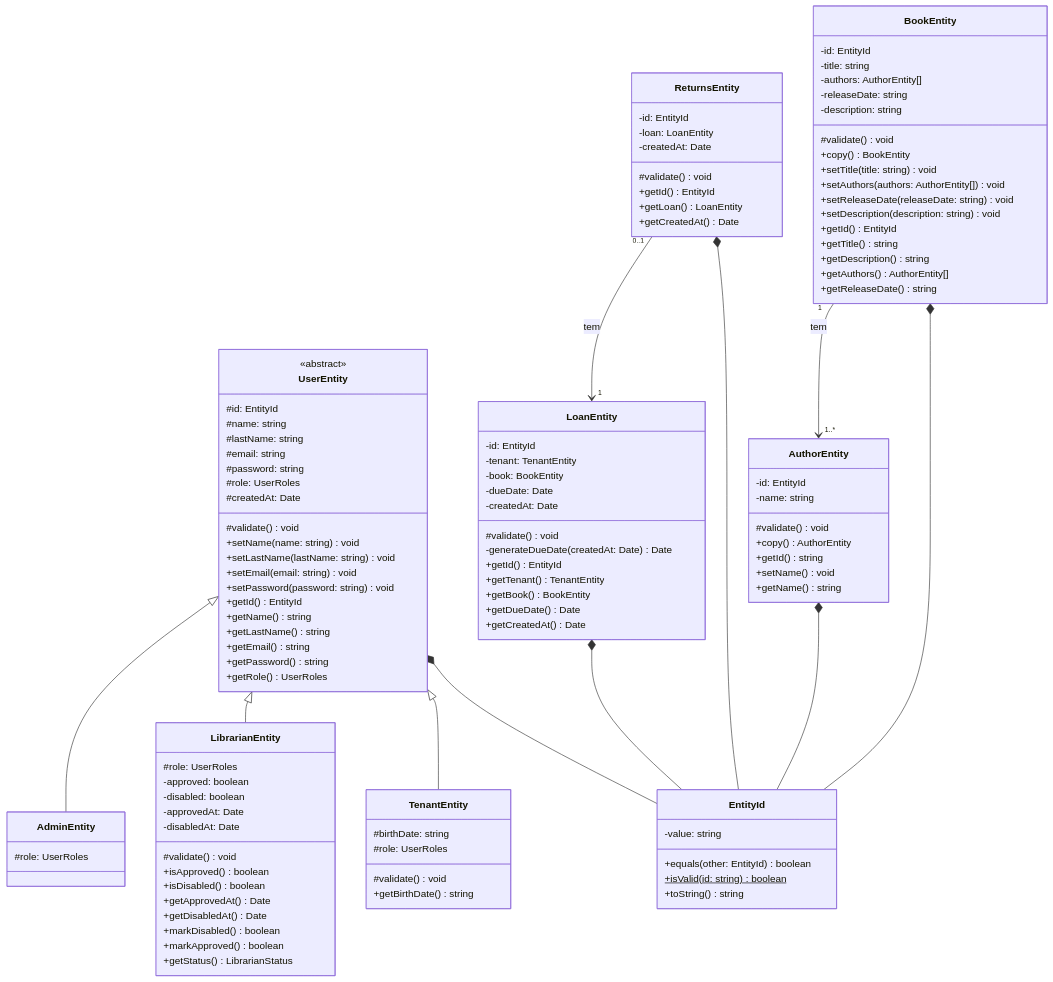
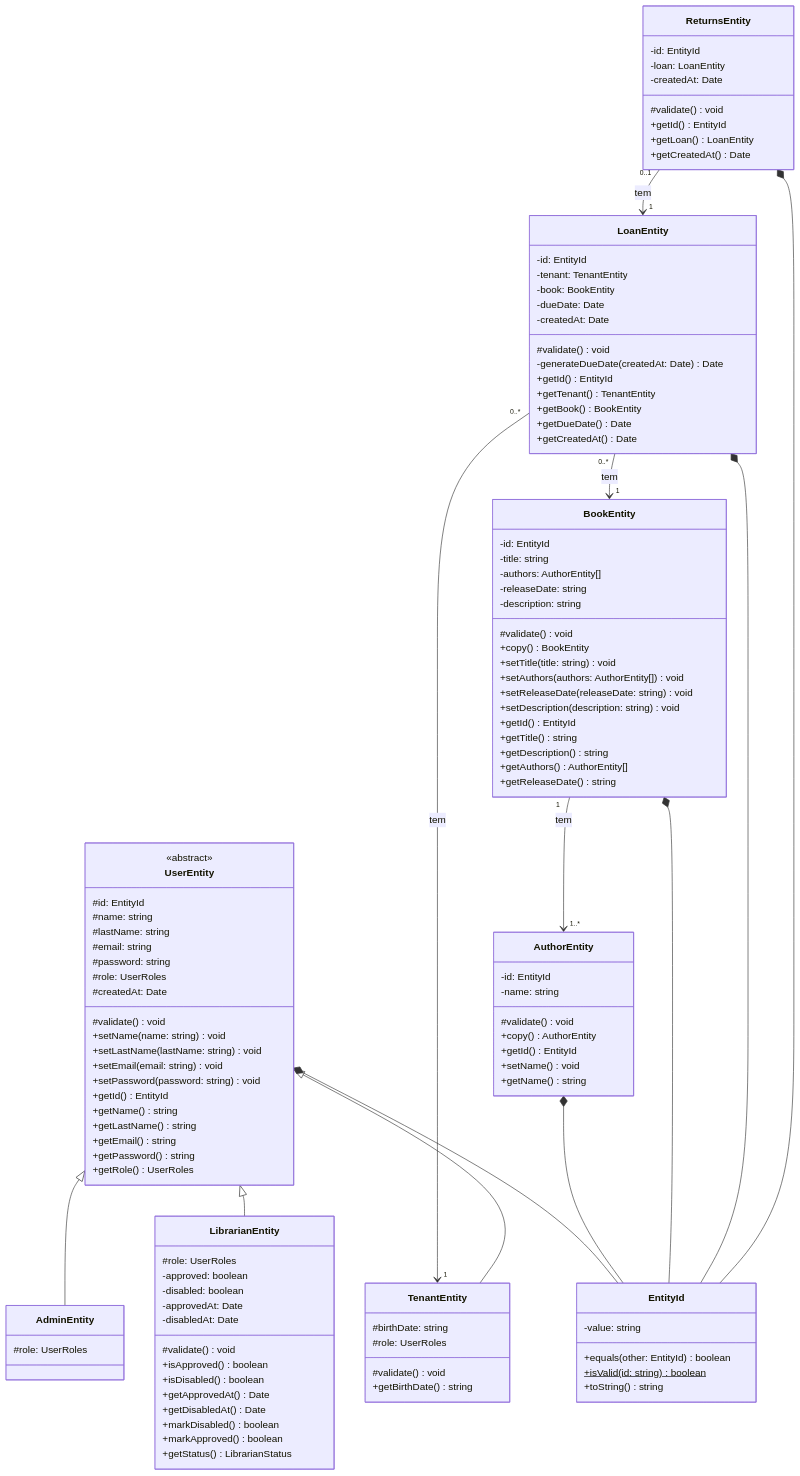
One commit to JerbesonViny/Librum changed the diagram in README.md. Above: the diagram before and after it, drawn with Mermaid.

```diff
--- a/README.md
+++ b/README.md
@@ -138,7 +138,7 @@
 
         #validate() void
         +copy() AuthorEntity
-        +getId() string
+        +getId() EntityId
         +setName() void
         +getName() string
     }
@@ -190,14 +190,16 @@
         +getCreatedAt() Date
     }
 
-    UserEntity *-- EntityId
-    AuthorEntity *-- EntityId
-    BookEntity *-- EntityId
-    LoanEntity *-- EntityId
+    UserEntity    *-- EntityId
+    AuthorEntity  *-- EntityId
+    BookEntity    *-- EntityId
+    LoanEntity    *-- EntityId
     ReturnsEntity *-- EntityId
 
-    BookEntity "1" --> "1..*" AuthorEntity : tem
-    ReturnsEntity "0..1" --> "1" LoanEntity: tem
+    BookEntity       "1" --> "1..*" AuthorEntity : tem
+    ReturnsEntity "0..1" --> "1"    LoanEntity   : tem
+    LoanEntity    "0..*" --> "1"    TenantEntity : tem
+    LoanEntity    "0..*" --> "1"    BookEntity   : tem
 
     UserEntity <|-- TenantEntity
     UserEntity <|-- LibrarianEntity
```
